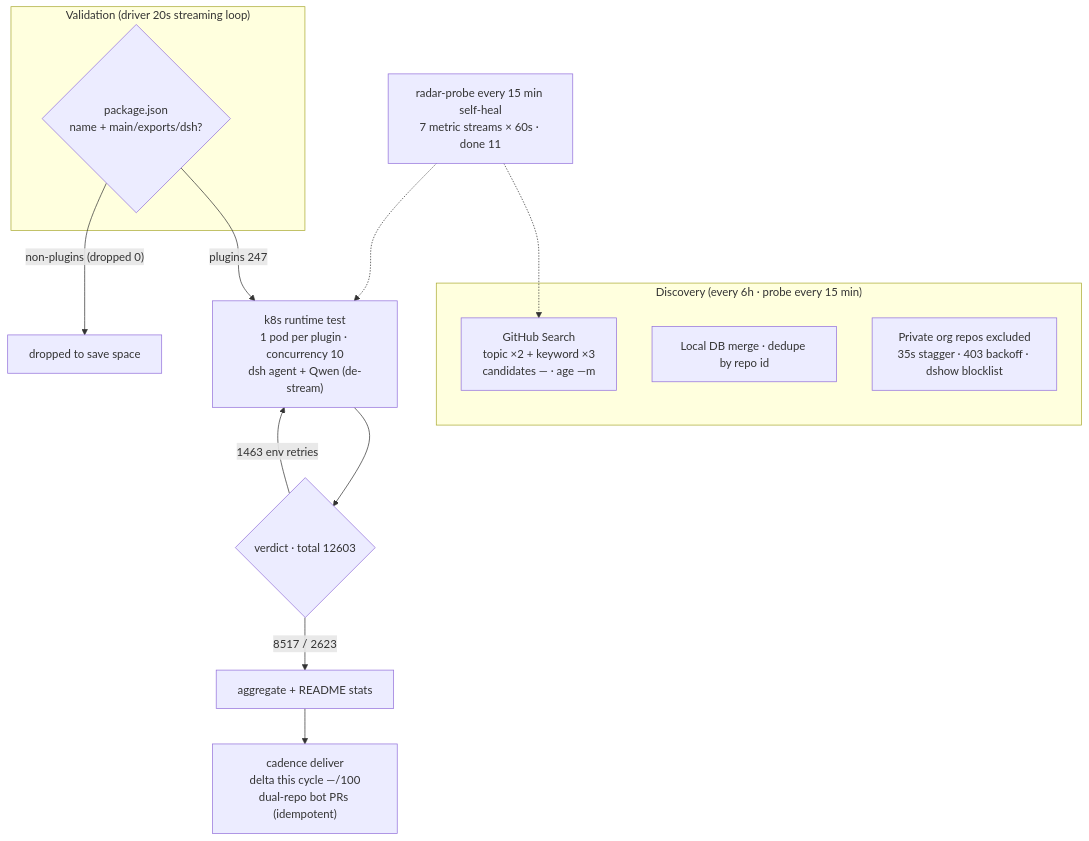
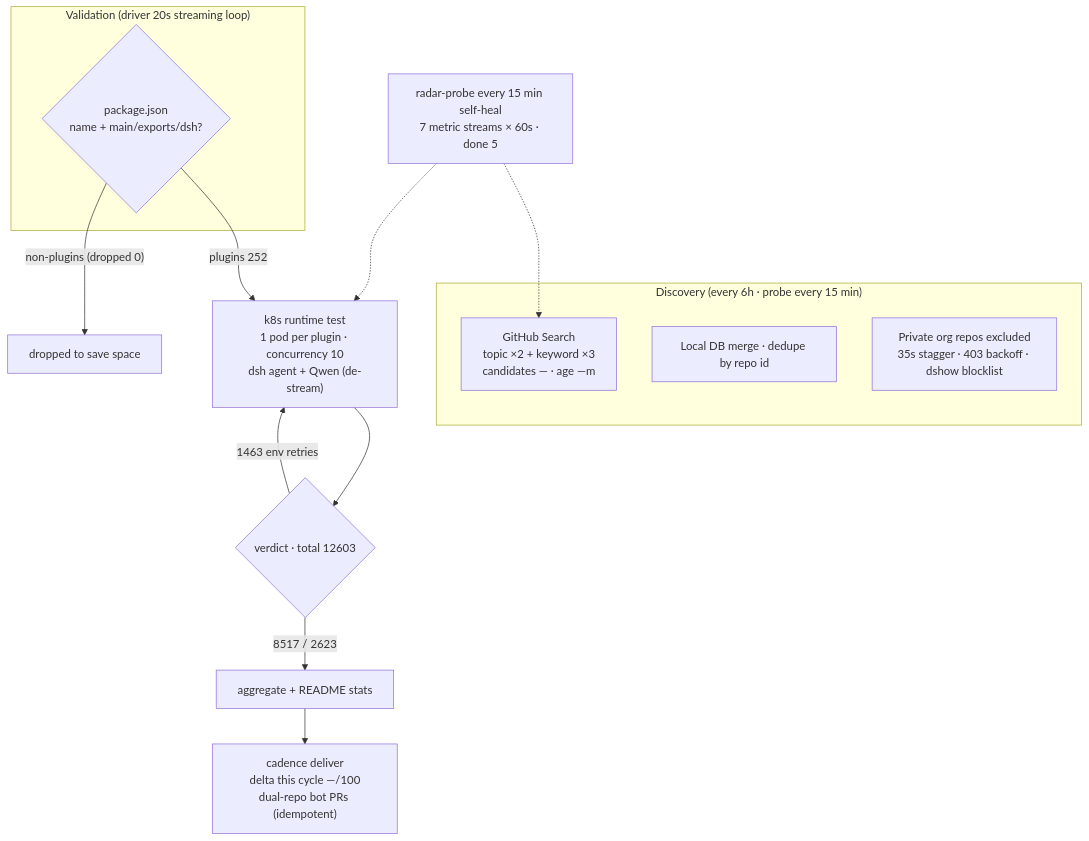
The diagram in README.en-US.md (AdamPlatin123/awesome-dsh-plugins), drawn with Mermaid before and after one commit. The commit also changed other lines of this file and 5 other files, not shown here.

````diff
--- a/README.en-US.md
+++ b/README.en-US.md
@@ -45,20 +45,20 @@
 ```mermaid
 flowchart TB
     subgraph Discovery["Discovery (every 6h · probe every 15 min)"]
         A1["GitHub Search<br/>topic ×2 + keyword ×3<br/>candidates — · age —m"]
         A2["Local DB merge · dedupe by repo id"]
         A3["Private org repos excluded<br/>35s stagger · 403 backoff · dshow blocklist"]
     end
     subgraph Validation["Validation (driver 20s streaming loop)"]
         B1{"package.json<br/>name + main/exports/dsh?"}
     end
-    B1 -->|"plugins 247"| C1["k8s runtime test<br/>1 pod per plugin · concurrency 10<br/>dsh agent + Qwen (de-stream)"]
+    B1 -->|"plugins 252"| C1["k8s runtime test<br/>1 pod per plugin · concurrency 10<br/>dsh agent + Qwen (de-stream)"]
     B1 -->|"non-plugins (dropped 0)"| B3["dropped to save space"]
     C1 --> D1{"verdict · total 12603"}
     D1 -->|"8517 / 2623"| E1["aggregate + README stats"]
     D1 -->|"1463 env retries"| C1
     E1 --> E2["cadence deliver<br/>delta this cycle —/100<br/>dual-repo bot PRs (idempotent)"]
-    M["radar-probe every 15 min self-heal<br/>7 metric streams × 60s · done 11"]
+    M["radar-probe every 15 min self-heal<br/>7 metric streams × 60s · done 5"]
     M -.-> A1
     M -.-> C1
 ```
````
